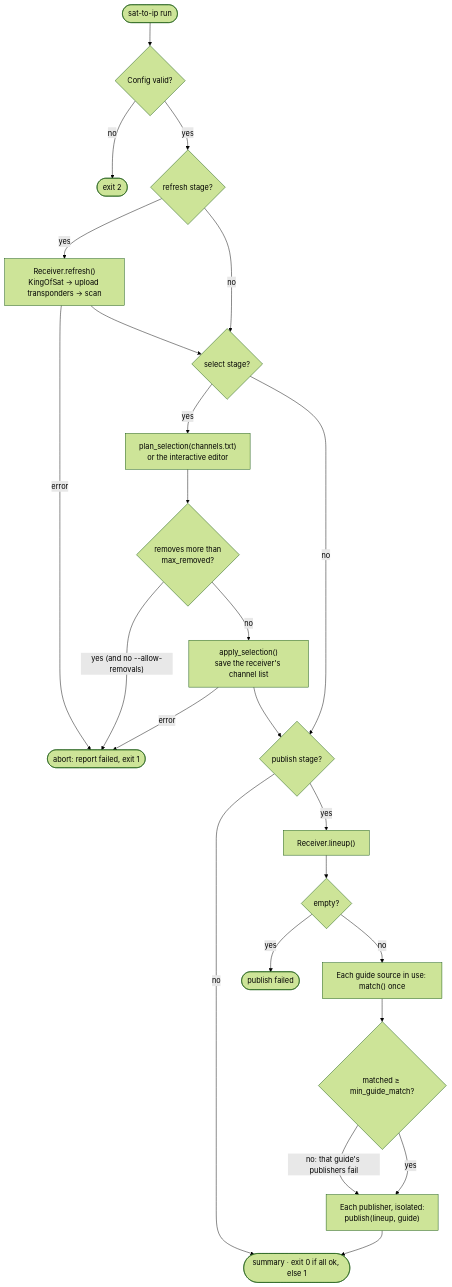
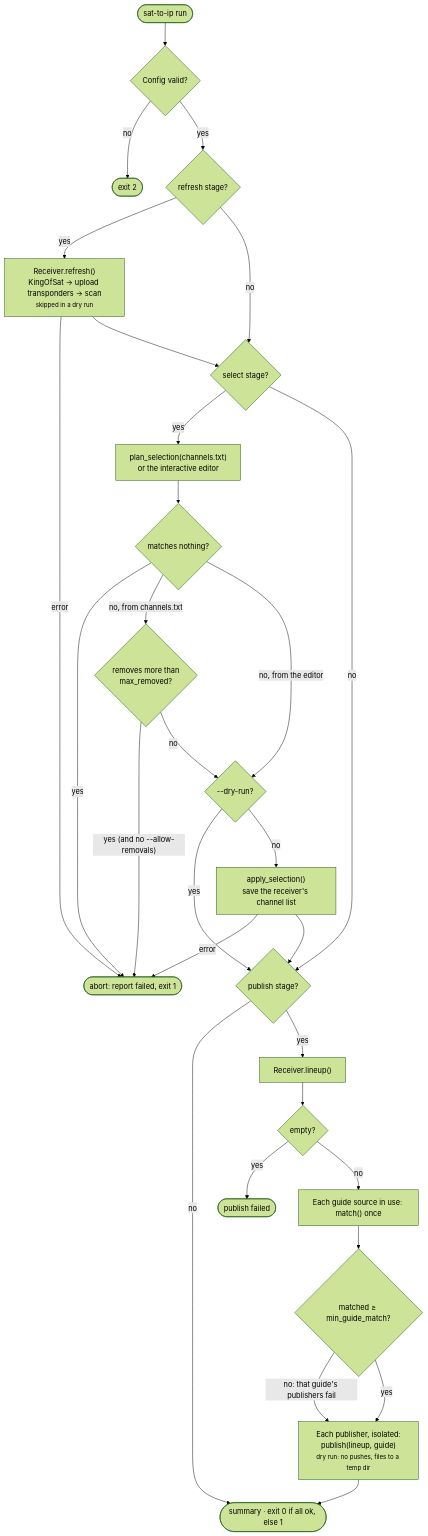
One commit to Matt-Hadley/sat_to_ip_helpers changed the second of 5 diagrams in README.md. Above: the diagram before and after it, drawn with Mermaid (forest theme). The commit also changed other lines of this file and 12 other files, not shown here.

````diff
--- a/README.md
+++ b/README.md
@@ -59,26 +59,31 @@
 ```mermaid
 flowchart TD
     START([sat-to-ip run]) --> CONF{Config valid?}
     CONF -- no --> EXIT2([exit 2])
     CONF -- yes --> R{refresh stage?}
-    R -- yes --> REF["Receiver.refresh()<br/>KingOfSat → upload transponders → scan"]
+    R -- yes --> REF["Receiver.refresh()<br/>KingOfSat → upload transponders → scan<br/><small>skipped in a dry run</small>"]
     R -- no --> S
     REF -- error --> ABORT([abort: report failed, exit 1])
     REF --> S{select stage?}
     S -- yes --> PLAN["plan_selection(channels.txt)<br/>or the interactive editor"]
     S -- no --> P
-    PLAN --> CHK1{"removes more than<br/>max_removed?"}
+    PLAN --> CHK0{"matches nothing?"}
+    CHK0 -- yes --> ABORT
+    CHK0 -- "no, from channels.txt" --> CHK1{"removes more than<br/>max_removed?"}
+    CHK0 -- "no, from the editor" --> DRY
     CHK1 -- "yes (and no --allow-removals)" --> ABORT
-    CHK1 -- no --> APPLY["apply_selection()<br/>save the receiver's channel list"]
+    CHK1 -- no --> DRY{"--dry-run?"}
+    DRY -- yes --> P
+    DRY -- no --> APPLY["apply_selection()<br/>save the receiver's channel list"]
     APPLY -- error --> ABORT
     APPLY --> P{publish stage?}
     P -- no --> DONE
     P -- yes --> LINE["Receiver.lineup()"]
     LINE --> CHK2{empty?}
     CHK2 -- yes --> FAILP([publish failed])
     CHK2 -- no --> GUIDES["Each guide source in use: match() once"]
     GUIDES --> CHK3{"matched ≥ min_guide_match?"}
     CHK3 -- "no: that guide's publishers fail" --> PUB
-    CHK3 -- yes --> PUB["Each publisher, isolated:<br/>publish(lineup, guide)"]
+    CHK3 -- yes --> PUB["Each publisher, isolated:<br/>publish(lineup, guide)<br/><small>dry run: no pushes, files to a temp dir</small>"]
     PUB --> DONE([summary · exit 0 if all ok, else 1])
 ```
````
